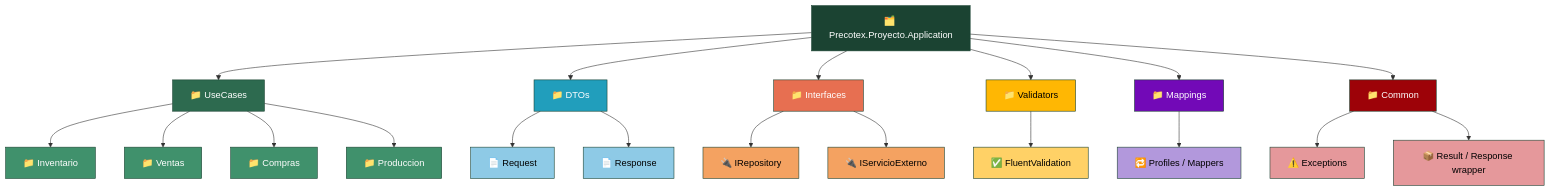
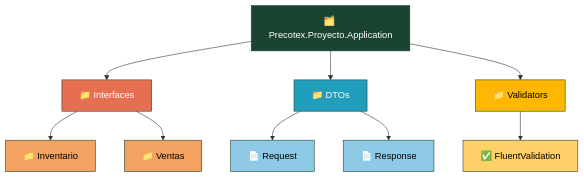
One commit to jhoncalleflores1035/precotex-backend-arquitectura changed the first of 2 diagrams in Precotex.Proyecto/src/Precotex.Proyecto.Application/README.md. Above: the diagram before and after it, drawn with Mermaid. The commit also changed other lines of this file and 1 other file, not shown here.

````diff
--- a/Precotex.Proyecto/src/Precotex.Proyecto.Application/README.md
+++ b/Precotex.Proyecto/src/Precotex.Proyecto.Application/README.md
@@ -9,42 +9,22 @@
 ```mermaid
 flowchart TD
     ROOT[🗂️ Precotex.Proyecto.Application]
-    ROOT --> UC[📁 UseCases]
-    UC --> UCINV[📁 Inventario]
-    UC --> UCVEN[📁 Ventas]
-    UC --> UCCOM[📁 Compras]
-    UC --> UCPRO[📁 Produccion]
+    ROOT --> INT[📁 Interfaces]
+    INT --> INTINV[📁 Inventario]
+    INT --> INTVEN[📁 Ventas]
     ROOT --> DTO[📁 DTOs]
     DTO --> DTOREQ[📄 Request]
     DTO --> DTORES[📄 Response]
-    ROOT --> INT[📁 Interfaces]
-    INT --> INTREPO[🔌 IRepository]
-    INT --> INTSVC[🔌 IServicioExterno]
     ROOT --> VAL[📁 Validators]
     VAL --> VALF[✅ FluentValidation]
-    ROOT --> MAP[📁 Mappings]
-    MAP --> MAPF[🔁 Profiles / Mappers]
-    ROOT --> COM[📁 Common]
-    COM --> COMEX[⚠️ Exceptions]
-    COM --> COMRE[📦 Result / Response wrapper]
 
     style ROOT fill:#1b4332,stroke:#1b4332,color:#fff
-    style UC fill:#2d6a4f,stroke:#1b4332,color:#fff
-    style UCINV fill:#40916c,stroke:#1b4332,color:#fff
-    style UCVEN fill:#40916c,stroke:#1b4332,color:#fff
-    style UCCOM fill:#40916c,stroke:#1b4332,color:#fff
-    style UCPRO fill:#40916c,stroke:#1b4332,color:#fff
+    style INT fill:#e76f51,stroke:#1b4332,color:#fff
+    style INTINV fill:#f4a261,stroke:#1b4332,color:#000
+    style INTVEN fill:#f4a261,stroke:#1b4332,color:#000
     style DTO fill:#219ebc,stroke:#1b4332,color:#fff
     style DTOREQ fill:#8ecae6,stroke:#1b4332,color:#000
     style DTORES fill:#8ecae6,stroke:#1b4332,color:#000
-    style INT fill:#e76f51,stroke:#1b4332,color:#fff
-    style INTREPO fill:#f4a261,stroke:#1b4332,color:#000
-    style INTSVC fill:#f4a261,stroke:#1b4332,color:#000
     style VAL fill:#ffb703,stroke:#1b4332,color:#000
     style VALF fill:#ffd166,stroke:#1b4332,color:#000
-    style MAP fill:#7209b7,stroke:#1b4332,color:#fff
-    style MAPF fill:#b298dc,stroke:#1b4332,color:#000
-    style COM fill:#9d0208,stroke:#1b4332,color:#fff
-    style COMEX fill:#e5989b,stroke:#1b4332,color:#000
-    style COMRE fill:#e5989b,stroke:#1b4332,color:#000
 ```
````
